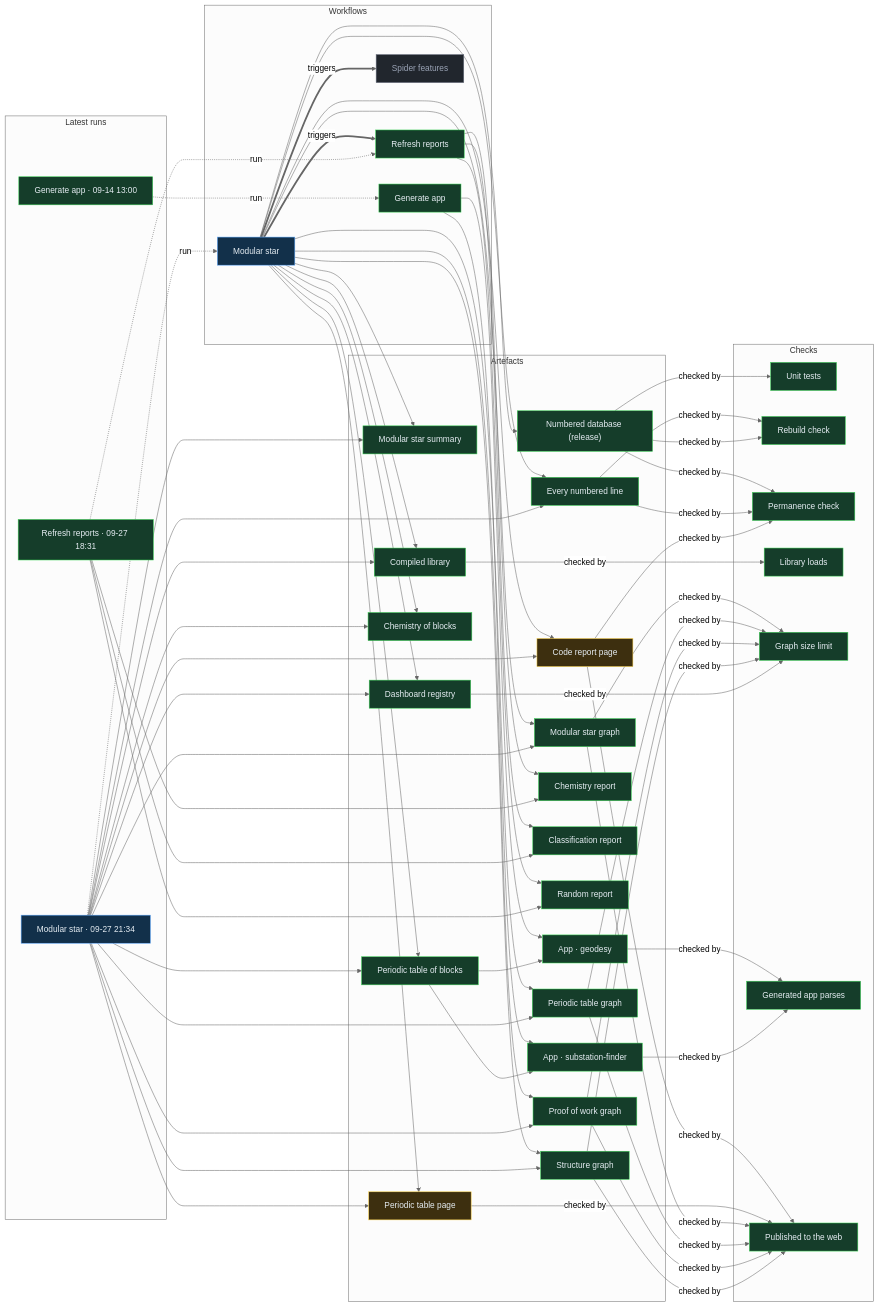
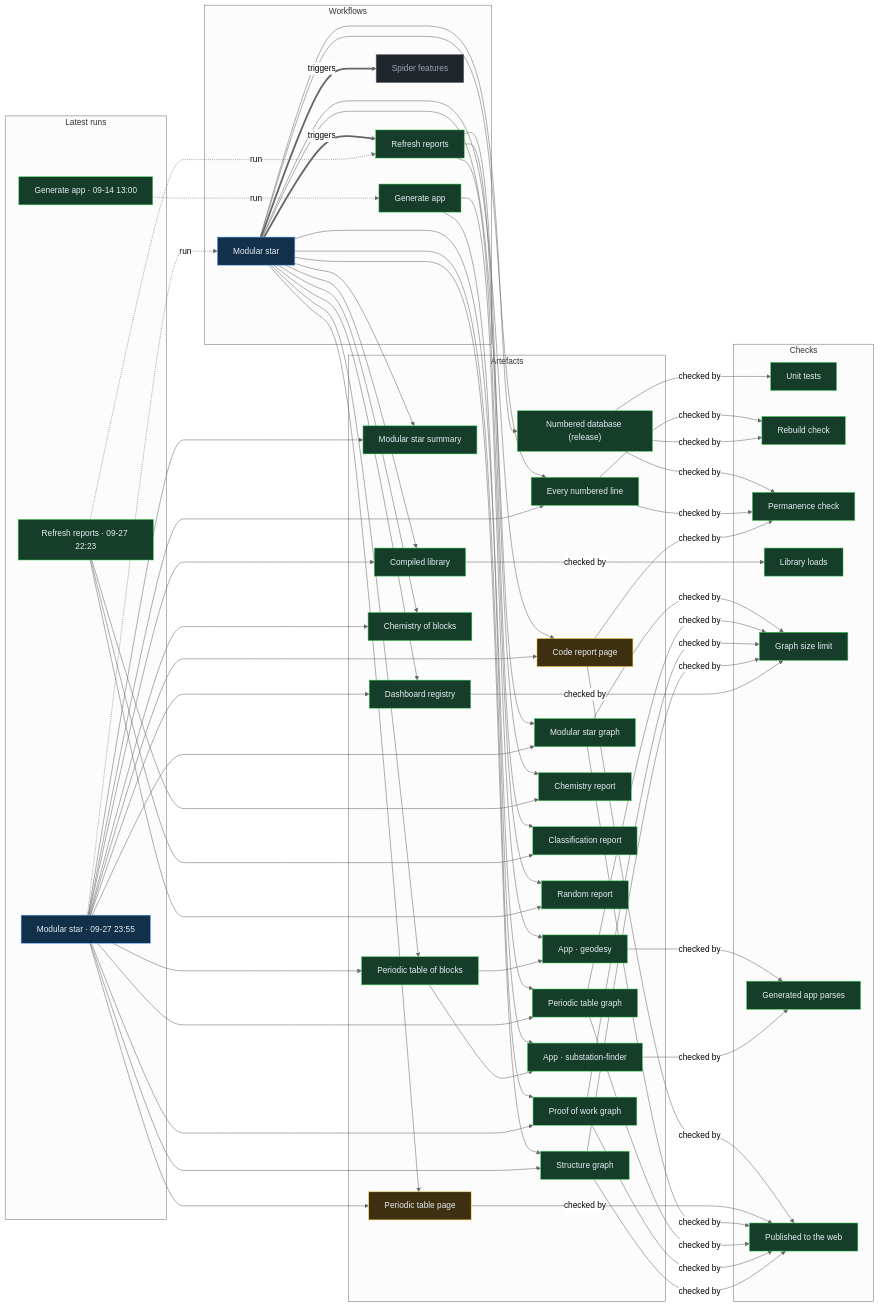
Before and after one commit to Ventusltd/stars: the diagram in proof/PROOF.md, drawn with Mermaid (neutral theme). The commit also changed other lines of this file and 144 other files, not shown here.

Commit message:
Modular star 2026-09-27T23:58Z

```diff
--- a/proof/PROOF.md
+++ b/proof/PROOF.md
@@ -24,8 +24,8 @@
   n_wf_spider_features["Spider features"]:::off
   end
   subgraph g_runs["Latest runs"]
-  n_run_36352222720["Modular star · 09-27 21:34"]:::live
-  n_run_36340987023["Refresh reports · 09-27 18:31"]:::ok
+  n_run_36360321842["Modular star · 09-27 23:55"]:::live
+  n_run_36355099363["Refresh reports · 09-27 22:23"]:::ok
   n_run_34846587798["Generate app · 09-14 13:00"]:::ok
   end
   subgraph g_artefacts["Artefacts"]
@@ -59,39 +59,39 @@
   end
   n_wf_modular_star == triggers ==> n_wf_refresh
   n_wf_modular_star == triggers ==> n_wf_spider_features
-  n_run_36352222720 -. run .-> n_wf_modular_star
-  n_run_36340987023 -. run .-> n_wf_refresh
+  n_run_36360321842 -. run .-> n_wf_modular_star
+  n_run_36355099363 -. run .-> n_wf_refresh
   n_run_34846587798 -. run .-> n_wf_generate
   n_wf_modular_star --> n_art_summary
-  n_run_36352222720 --> n_art_summary
+  n_run_36360321842 --> n_art_summary
   n_wf_modular_star --> n_art_lines
-  n_run_36352222720 --> n_art_lines
+  n_run_36360321842 --> n_art_lines
   n_wf_modular_star --> n_art_code
-  n_run_36352222720 --> n_art_code
+  n_run_36360321842 --> n_art_code
   n_wf_modular_star --> n_art_modular_graph
-  n_run_36352222720 --> n_art_modular_graph
+  n_run_36360321842 --> n_art_modular_graph
   n_wf_modular_star --> n_art_blocks
-  n_run_36352222720 --> n_art_blocks
+  n_run_36360321842 --> n_art_blocks
   n_wf_modular_star --> n_art_table
-  n_run_36352222720 --> n_art_table
+  n_run_36360321842 --> n_art_table
   n_wf_modular_star --> n_art_blocks_graph
-  n_run_36352222720 --> n_art_blocks_graph
+  n_run_36360321842 --> n_art_blocks_graph
   n_wf_modular_star --> n_art_reactions
-  n_run_36352222720 --> n_art_reactions
+  n_run_36360321842 --> n_art_reactions
   n_wf_modular_star --> n_art_library
-  n_run_36352222720 --> n_art_library
+  n_run_36360321842 --> n_art_library
   n_wf_modular_star --> n_art_features
-  n_run_36352222720 --> n_art_features
+  n_run_36360321842 --> n_art_features
   n_wf_modular_star --> n_art_proof
-  n_run_36352222720 --> n_art_proof
+  n_run_36360321842 --> n_art_proof
   n_wf_modular_star --> n_art_structure
-  n_run_36352222720 --> n_art_structure
+  n_run_36360321842 --> n_art_structure
   n_wf_refresh --> n_art_chemistry
-  n_run_36340987023 --> n_art_chemistry
+  n_run_36355099363 --> n_art_chemistry
   n_wf_refresh --> n_art_vedic
-  n_run_36340987023 --> n_art_vedic
+  n_run_36355099363 --> n_art_vedic
   n_wf_refresh --> n_art_random
-  n_run_36340987023 --> n_art_random
+  n_run_36355099363 --> n_art_random
   n_wf_modular_star --> n_art_release
   n_wf_generate --> n_app_geodesy
   n_art_blocks --> n_app_geodesy
```
